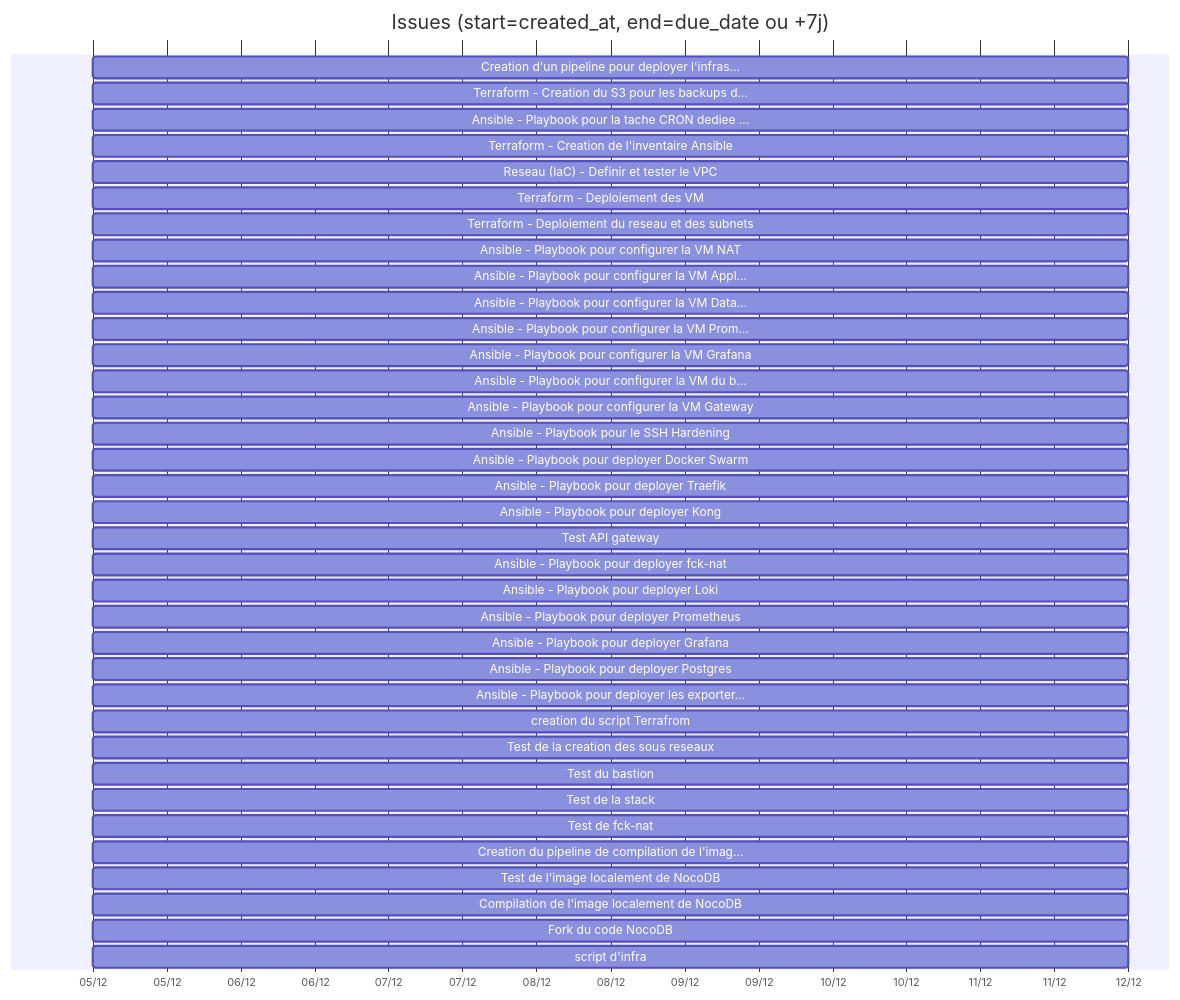
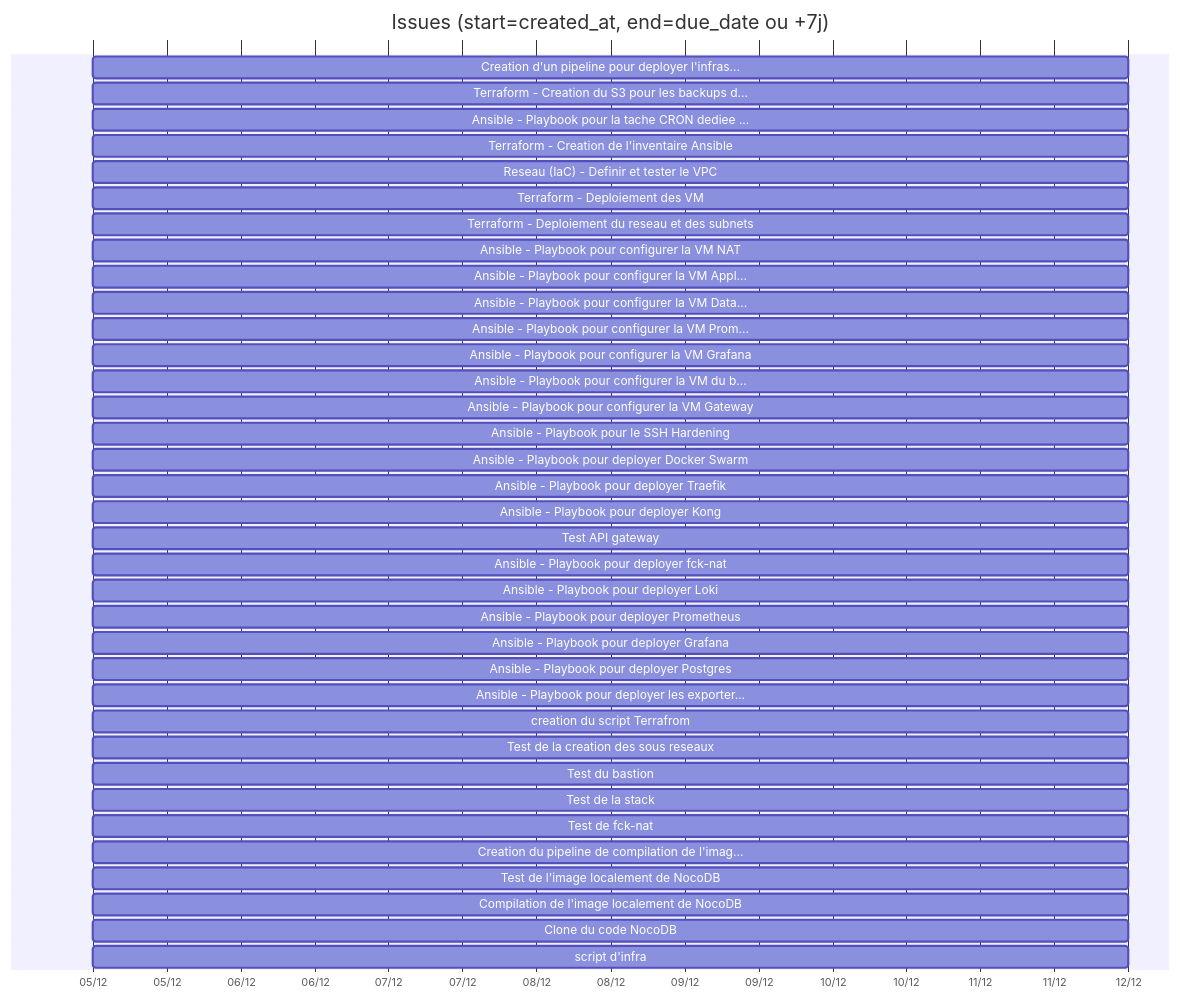
One commit to Gooseppr/GevOps_LC changed the fifth of 5 diagrams in modules/M40.projet-test.md. Above: the diagram before and after it, drawn with Mermaid. The commit also changed other lines of this file, not shown here.

````diff
--- a/modules/M40.projet-test.md
+++ b/modules/M40.projet-test.md
@@ -88,41 +95,41 @@
 ```mermaid
 gantt
     title Issues (start=created_at, end=due_date ou +7j)
     dateFormat  YYYY-MM-DD
     axisFormat  %d/%m
     Creation d'un pipeline pour deployer l'infras... : 2025-12-05, 7d
     Terraform - Creation du S3 pour les backups d... : 2025-12-05, 7d
     Ansible - Playbook pour la tache CRON dediee ... : 2025-12-05, 7d
     Terraform - Creation de l'inventaire Ansible : 2025-12-05, 7d
     Reseau (IaC) - Definir et tester le VPC : 2025-12-05, 7d
     Terraform - Deploiement des VM : 2025-12-05, 7d
     Terraform - Deploiement du reseau et des subnets : 2025-12-05, 7d
     Ansible - Playbook pour configurer la VM NAT : 2025-12-05, 7d
     Ansible - Playbook pour configurer la VM Appl... : 2025-12-05, 7d
     Ansible - Playbook pour configurer la VM Data... : 2025-12-05, 7d
     Ansible - Playbook pour configurer la VM Prom... : 2025-12-05, 7d
     Ansible - Playbook pour configurer la VM Grafana : 2025-12-05, 7d
     Ansible - Playbook pour configurer la VM du b... : 2025-12-05, 7d
     Ansible - Playbook pour configurer la VM Gateway : 2025-12-05, 7d
     Ansible - Playbook pour le SSH Hardening : 2025-12-05, 7d
     Ansible - Playbook pour deployer Docker Swarm : 2025-12-05, 7d
     Ansible - Playbook pour deployer Traefik : 2025-12-05, 7d
     Ansible - Playbook pour deployer Kong : 2025-12-05, 7d
     Test API gateway : 2025-12-05, 7d
     Ansible - Playbook pour deployer fck-nat : 2025-12-05, 7d
     Ansible - Playbook pour deployer Loki : 2025-12-05, 7d
     Ansible - Playbook pour deployer Prometheus : 2025-12-05, 7d
     Ansible - Playbook pour deployer Grafana : 2025-12-05, 7d
     Ansible - Playbook pour deployer Postgres : 2025-12-05, 7d
     Ansible - Playbook pour deployer les exporter... : 2025-12-05, 7d
     creation du script Terrafrom : 2025-12-05, 7d
     Test de la creation des sous reseaux : 2025-12-05, 7d
     Test du bastion : 2025-12-05, 7d
     Test de la stack : 2025-12-05, 7d
     Test de fck-nat : 2025-12-05, 7d
     Creation du pipeline de compilation de l'imag... : 2025-12-05, 7d
     Test de l'image localement de NocoDB : 2025-12-05, 7d
     Compilation de l'image localement de NocoDB : 2025-12-05, 7d
-    Fork du code NocoDB : 2025-12-05, 7d
+    Clone du code NocoDB : 2025-12-05, 7d
     script d'infra : 2025-12-05, 7d
 ```
````
